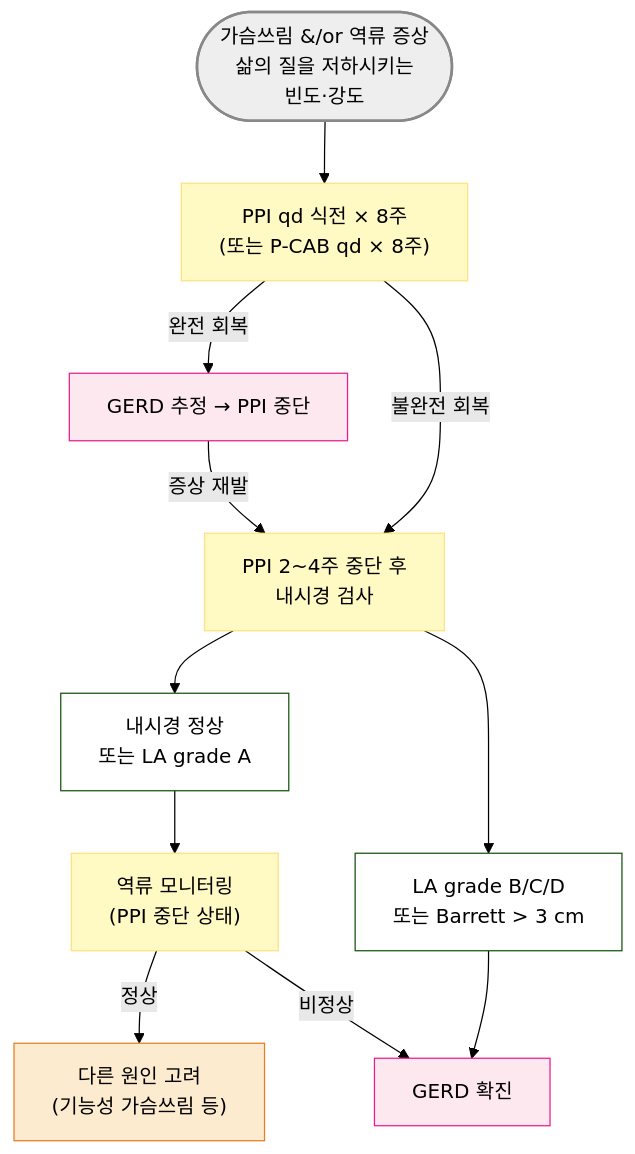
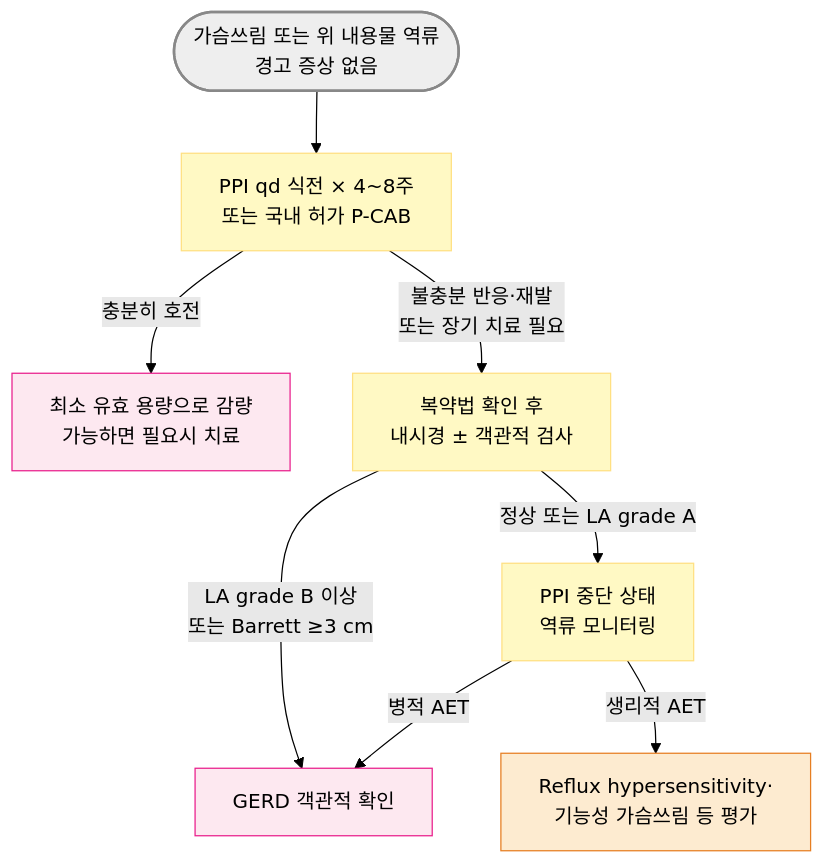
Before and after one commit to familyoh77/familyoh77: the first of 5 diagrams in 224_/081_-gerd.md, drawn with Mermaid (forest theme). The commit also changed other lines of this file and 15 other files, not shown here.

````diff
--- a/224_/081_-gerd.md
+++ b/224_/081_-gerd.md
@@ -178,22 +188,17 @@
 ```mermaid
 graph TD
-    A(["가슴쓰림 &/or 역류 증상<br/>삶의 질을 저하시키는 <br/>빈도·강도"]) 
-    --> B["PPI qd 식전 × 8주<br/>(또는 P-CAB qd × 8주)"]
-    B --완전 회복--> C["GERD 추정 → PPI 중단"]
-    C --"증상 재발"--> G["PPI 2~4주 중단 후<br/>내시경 검사"]
-    B --"불완전 회복"--> G
-    G --> I["내시경 정상<br/>또는 LA grade A"]--> K["역류 모니터링<br/>(PPI 중단 상태)"]
-    G --> H["LA grade B/C/D<br/>또는 Barrett > 3 cm"]--> J["GERD 확진"]
-    K -- "정상" --> L["다른 원인 고려<br/>(기능성 가슴쓰림 등)"]
-    K -- "비정상" --> J
-style A fill:#eeeeee,stroke:#888888,stroke-width:2px
+    A(["가슴쓰림 또는 위 내용물 역류<br/>경고 증상 없음"]) --> B["PPI qd 식전 × 4~8주<br/>또는 국내 허가 P-CAB"]
+    B -- "충분히 호전" --> C["최소 유효 용량으로 감량<br/>가능하면 필요시 치료"]
+    B -- "불충분 반응·재발<br/>또는 장기 치료 필요" --> G["복약법 확인 후<br/>내시경 ± 객관적 검사"]
+    G -- "LA grade B 이상<br/>또는 Barrett ≥3 cm" --> J["GERD 객관적 확인"]
+    G -- "정상 또는 LA grade A" --> K["PPI 중단 상태<br/>역류 모니터링"]
+    K -- "병적 AET" --> J
+    K -- "생리적 AET" --> L["Reflux hypersensitivity·<br/>기능성 가슴쓰림 등 평가"]
+    style A fill:#eeeeee,stroke:#888888,stroke-width:2px
     classDef pink fill:#fde8f0,stroke:#e91e8c
-class J,C pink
+    class J,C pink
     classDef yellow fill:#fff9c4,stroke:#ffe082
-class K,G,B yellow
+    class K,G,B yellow
     classDef orange fill:#fdebd0,stroke:#e67e22
-class L orange
-    classDef white fill:#fff
-class H,I white
-
+    class L orange
 ```
````
